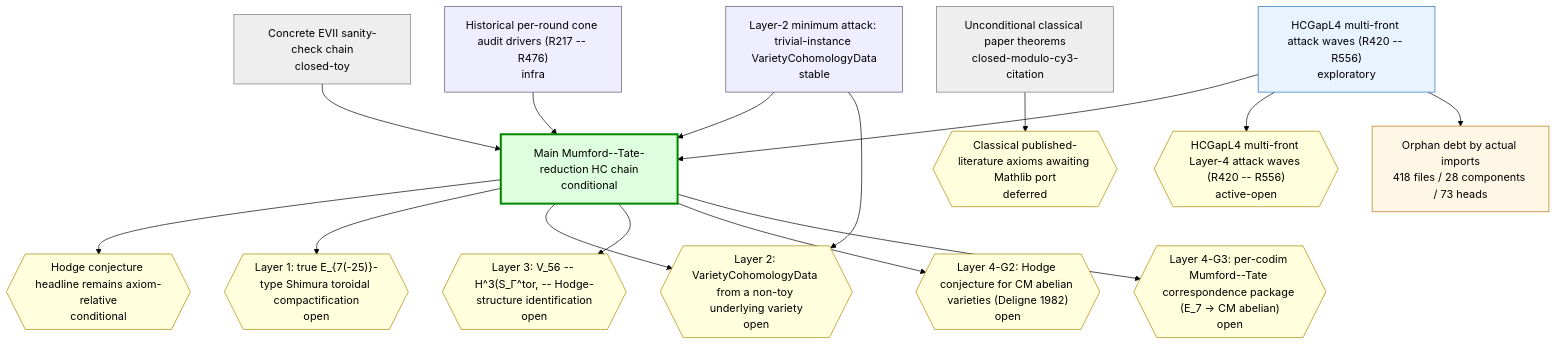
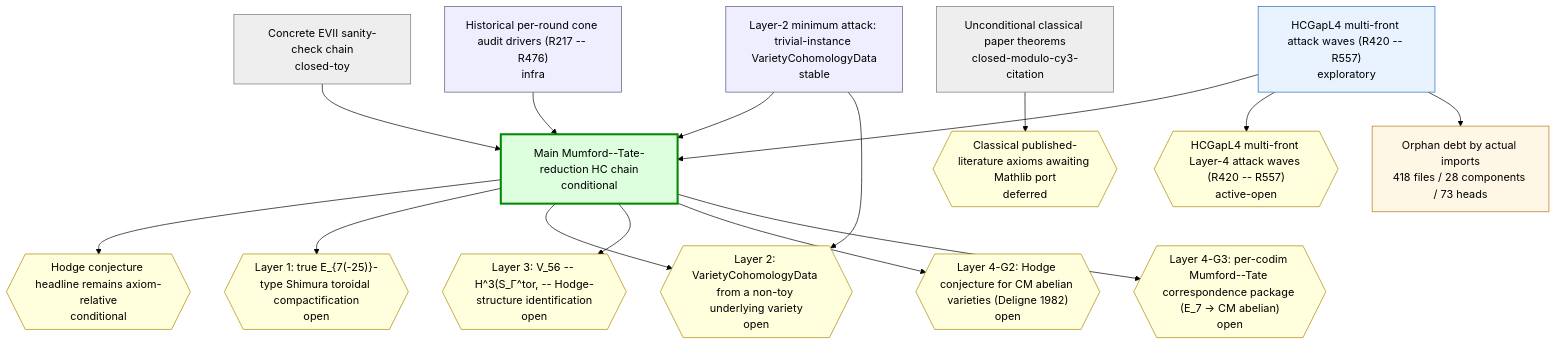
Before and after one commit to crabsatellite/hodge-conjecture-lean4-formalization: the first of 2 diagrams in chain-status/research-map.md, drawn with Mermaid (forest theme). The commit also changed other lines of this file and 7 other files, not shown here.

````diff
--- a/chain-status/research-map.md
+++ b/chain-status/research-map.md
@@ -45,44 +45,44 @@
 ```mermaid
 graph TD
   classDef main fill:#dfd,stroke:#080,stroke-width:3px
   classDef active fill:#e8f3ff,stroke:#2670b8
   classDef support fill:#eef,stroke:#557
   classDef closed fill:#eee,stroke:#777
   classDef dead fill:#fdd,stroke:#a00,stroke-width:2px
   classDef gapOpen fill:#ffd,stroke:#a80
   classDef gapClosed fill:#eee,stroke:#777
   classDef gapDead fill:#fdd,stroke:#a00
   classDef debt fill:#fff7e6,stroke:#b87514
   classDef debtTaxonomy fill:#e8f3ff,stroke:#2670b8,stroke-dasharray:3 3
   classDef debtRule fill:#eefbea,stroke:#398439,stroke-dasharray:3 3
   classDef debtDead fill:#fdd,stroke:#a00,stroke-dasharray:3 3
   chain_main_hc_axiom_relative["Main Mumford--Tate-reduction HC chain\nconditional"]:::main
   chain_unconditional_classical["Unconditional classical paper theorems\nclosed-modulo-cy3-citation"]:::closed
   chain_hcgap_l2_trivial_instances["Layer-2 minimum attack: trivial-instance VarietyCohomologyData\nstable"]:::support
-  chain_hcgap_l4_multifront_active["HCGapL4 multi-front attack waves (R420 -- R556)\nexploratory"]:::active
+  chain_hcgap_l4_multifront_active["HCGapL4 multi-front attack waves (R420 -- R557)\nexploratory"]:::active
   chain_concrete_evii_toy["Concrete EVII sanity-check chain\nclosed-toy"]:::closed
   chain_historical_cone_audits["Historical per-round cone audit drivers (R217 -- R476)\ninfra"]:::support
   gap_G_main_hc{{"Hodge conjecture headline remains axiom-relative\nconditional"}}:::gapOpen
   gap_G_l1_e7_shimura_tor{{"Layer 1: true E_{7(-25)}-type Shimura toroidal compactification\nopen"}}:::gapOpen
   gap_G_l2_cohomology_construction{{"Layer 2: VarietyCohomologyData from a non-toy underlying variety\nopen"}}:::gapOpen
   gap_G_l3_v56_mt_identification{{"Layer 3: V_56 -- H^3(S_Γ^tor, -- Hodge-structure identification\nopen"}}:::gapOpen
   gap_G_l4_cm_abelian_hc{{"Layer 4-G2: Hodge conjecture for CM abelian varieties (Deligne 1982)\nopen"}}:::gapOpen
   gap_G_l4_mt_correspondence{{"Layer 4-G3: per-codim Mumford--Tate correspondence package (E_7 -> CM abelian)\nopen"}}:::gapOpen
   gap_G_classical_mathlib_port{{"Classical published-literature axioms awaiting Mathlib port\ndeferred"}}:::gapOpen
-  gap_G_hcgap_l4_multifront{{"HCGapL4 multi-front Layer-4 attack waves (R420 -- R556)\nactive-open"}}:::gapOpen
+  gap_G_hcgap_l4_multifront{{"HCGapL4 multi-front Layer-4 attack waves (R420 -- R557)\nactive-open"}}:::gapOpen
   chain_main_hc_axiom_relative --> gap_G_main_hc
   chain_main_hc_axiom_relative --> gap_G_l1_e7_shimura_tor
   chain_main_hc_axiom_relative --> gap_G_l2_cohomology_construction
   chain_main_hc_axiom_relative --> gap_G_l3_v56_mt_identification
   chain_main_hc_axiom_relative --> gap_G_l4_cm_abelian_hc
   chain_main_hc_axiom_relative --> gap_G_l4_mt_correspondence
   chain_unconditional_classical --> gap_G_classical_mathlib_port
   chain_hcgap_l2_trivial_instances --> chain_main_hc_axiom_relative
   chain_hcgap_l2_trivial_instances --> gap_G_l2_cohomology_construction
   chain_hcgap_l4_multifront_active --> chain_main_hc_axiom_relative
   chain_hcgap_l4_multifront_active --> gap_G_hcgap_l4_multifront
   chain_concrete_evii_toy --> chain_main_hc_axiom_relative
   chain_historical_cone_audits --> chain_main_hc_axiom_relative
   debt_all["Orphan debt by actual imports\n418 files / 28 components / 73 heads"]:::debt
   chain_hcgap_l4_multifront_active --> debt_all
 ```
````
